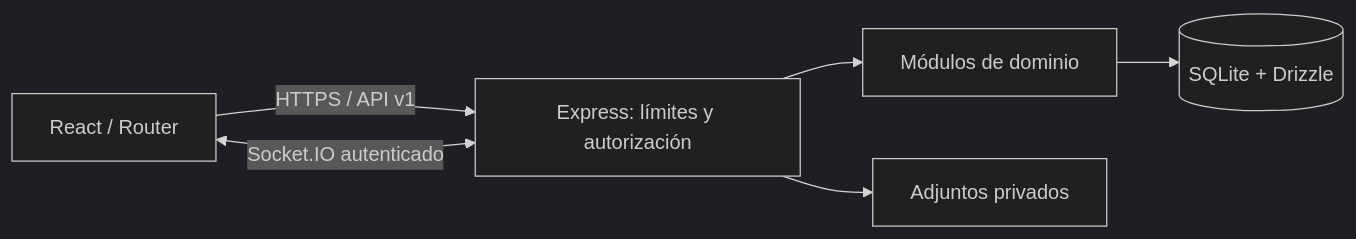
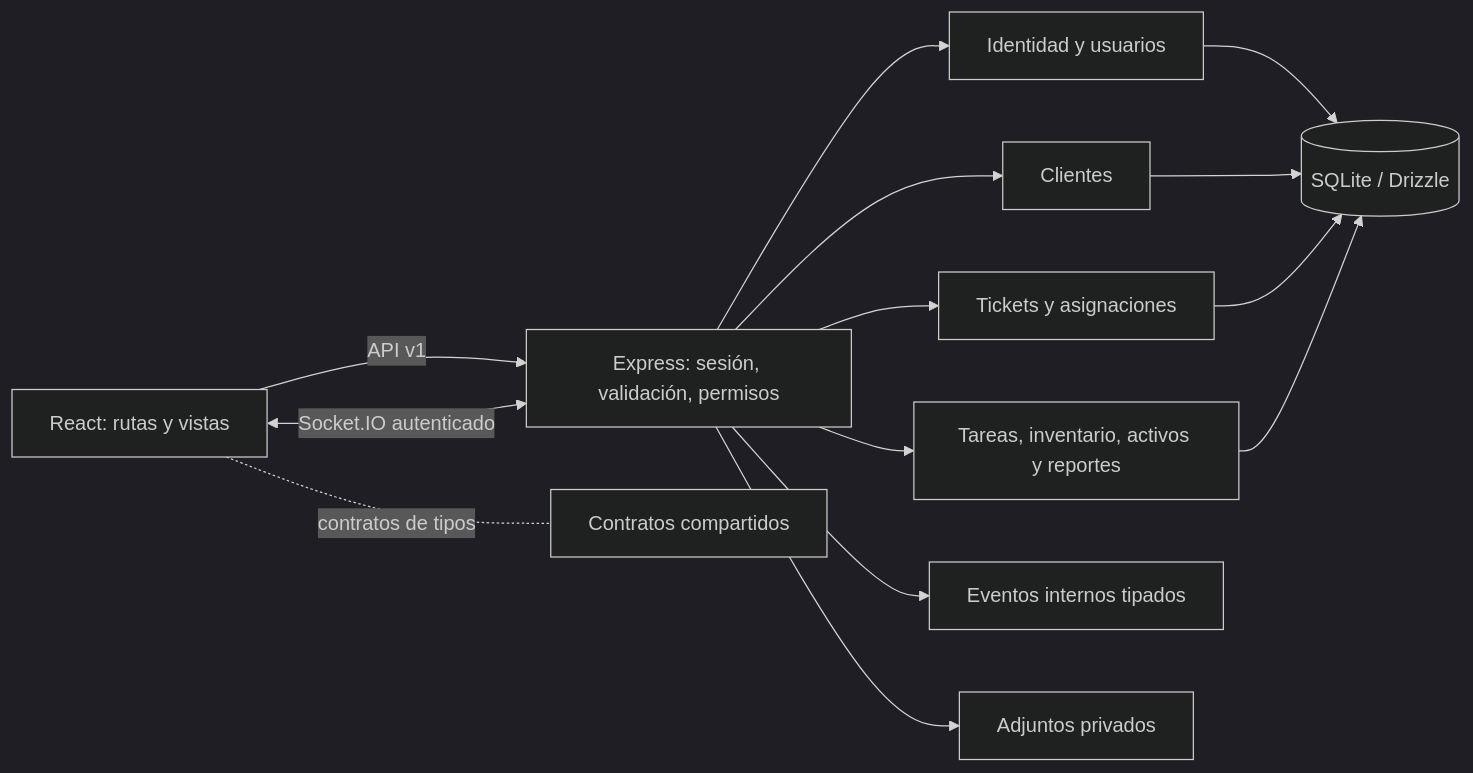
Before and after one commit to UkeGedo/opsdesk: the diagram in docs/architecture/overview.md, drawn with Mermaid (dark theme). The commit also changed other lines of this file and 97 other files, not shown here.

Commit message:
Refactor OpsDesk into domain modules

````diff
--- a/docs/architecture/overview.md
+++ b/docs/architecture/overview.md
@@ -5,8 +5,13 @@
 ```mermaid
 flowchart LR
-  Browser[React / Router] -->|HTTPS / API v1| API[Express: límites y autorización]
-  API --> Domain[Módulos de dominio]
-  Domain --> DB[(SQLite + Drizzle)]
-  API --> Files[Adjuntos privados]
-  Browser <-->|Socket.IO autenticado| API
+  Web[React: rutas y vistas] -->|API v1| HTTP[Express: sesión, validación, permisos]
+  Web -. contratos de tipos .- Shared[Contratos compartidos]
+  HTTP --> Identity[Identidad y usuarios]
+  HTTP --> Customers[Clientes]
+  HTTP --> Tickets[Tickets y asignaciones]
+  HTTP --> Ops[Tareas, inventario, activos y reportes]
+  HTTP --> Signals[Eventos internos tipados]
+  Identity & Customers & Tickets & Ops --> DB[(SQLite / Drizzle)]
+  HTTP --> Files[Adjuntos privados]
+  Web <-->|Socket.IO autenticado| HTTP
 ```
````
